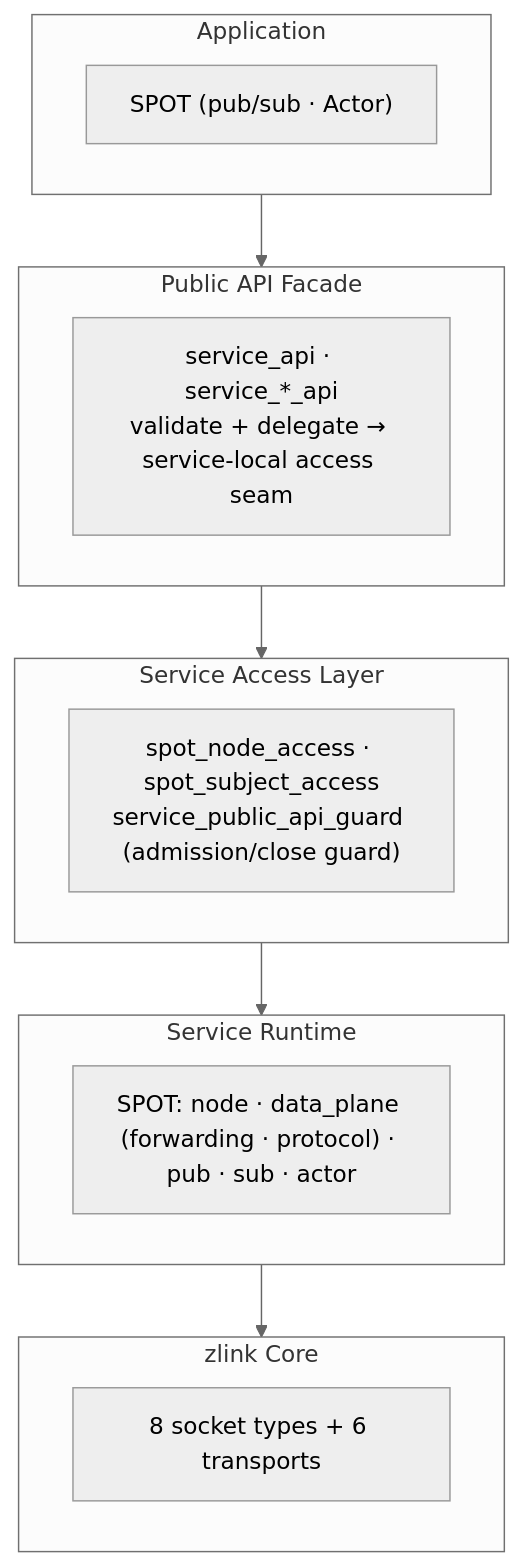
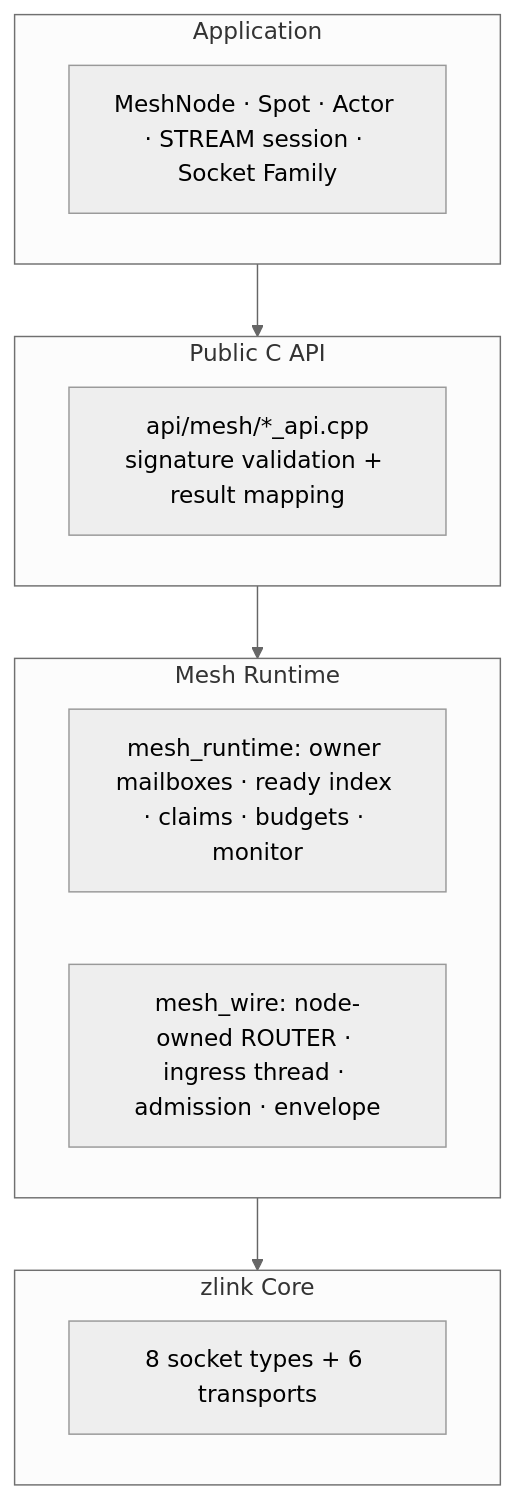
One commit to kairos-code-dev/zlink changed the first of 2 diagrams in core/doc/guide/07-0-services.md. Above: the diagram before and after it, drawn with Mermaid (neutral theme). The commit also changed other lines of this file and 58 other files, not shown here.

````diff
--- a/core/doc/guide/07-0-services.md
+++ b/core/doc/guide/07-0-services.md
@@ -21,24 +70,21 @@
 ```mermaid
 flowchart TB
     subgraph app["Application"]
-        A1["SPOT (pub/sub · Actor)"]
+        A1["MeshNode · Spot · Actor · STREAM session · Socket Family"]
     end
 
-    subgraph facade["Public API Facade"]
-        F1["service_api · service_*_api<br/>validate + delegate → service-local access seam"]
+    subgraph facade["Public C API"]
+        F1["api/mesh/*_api.cpp<br/>signature validation + result mapping"]
     end
 
-    subgraph access["Service Access Layer"]
-        AC1["spot_node_access · spot_subject_access<br/>service_public_api_guard (admission/close guard)"]
-    end
-
-    subgraph runtime["Service Runtime"]
-        RT1["SPOT: node · data_plane (forwarding · protocol) · pub · sub · actor"]
+    subgraph runtime["Mesh Runtime"]
+        RT1["mesh_runtime: owner mailboxes · ready index · claims · budgets · monitor"]
+        RT2["mesh_wire: node-owned ROUTER · ingress thread · admission · envelope"]
     end
 
     subgraph core["zlink Core"]
         C1["8 socket types + 6 transports"]
     end
 
-    app --> facade --> access --> runtime --> core
+    app --> facade --> runtime --> core
 ```
````
